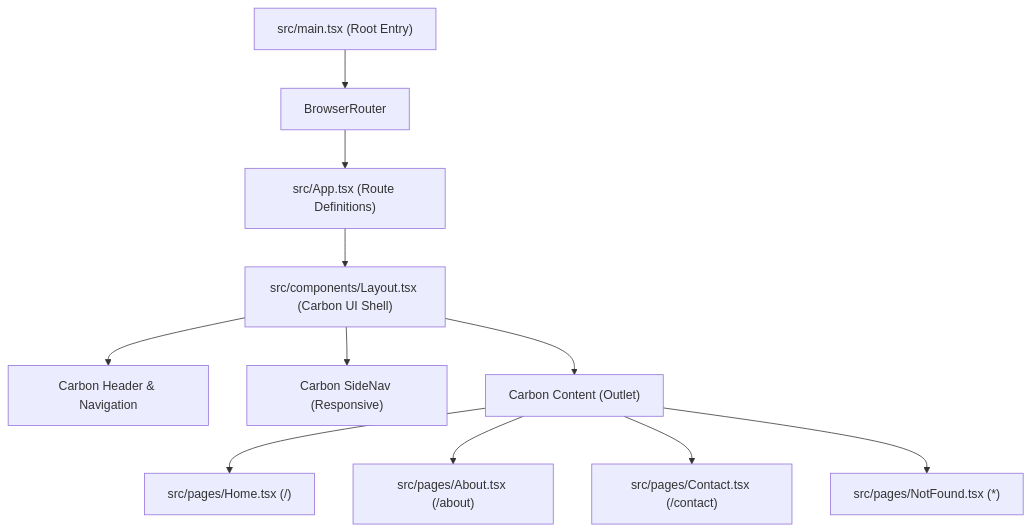
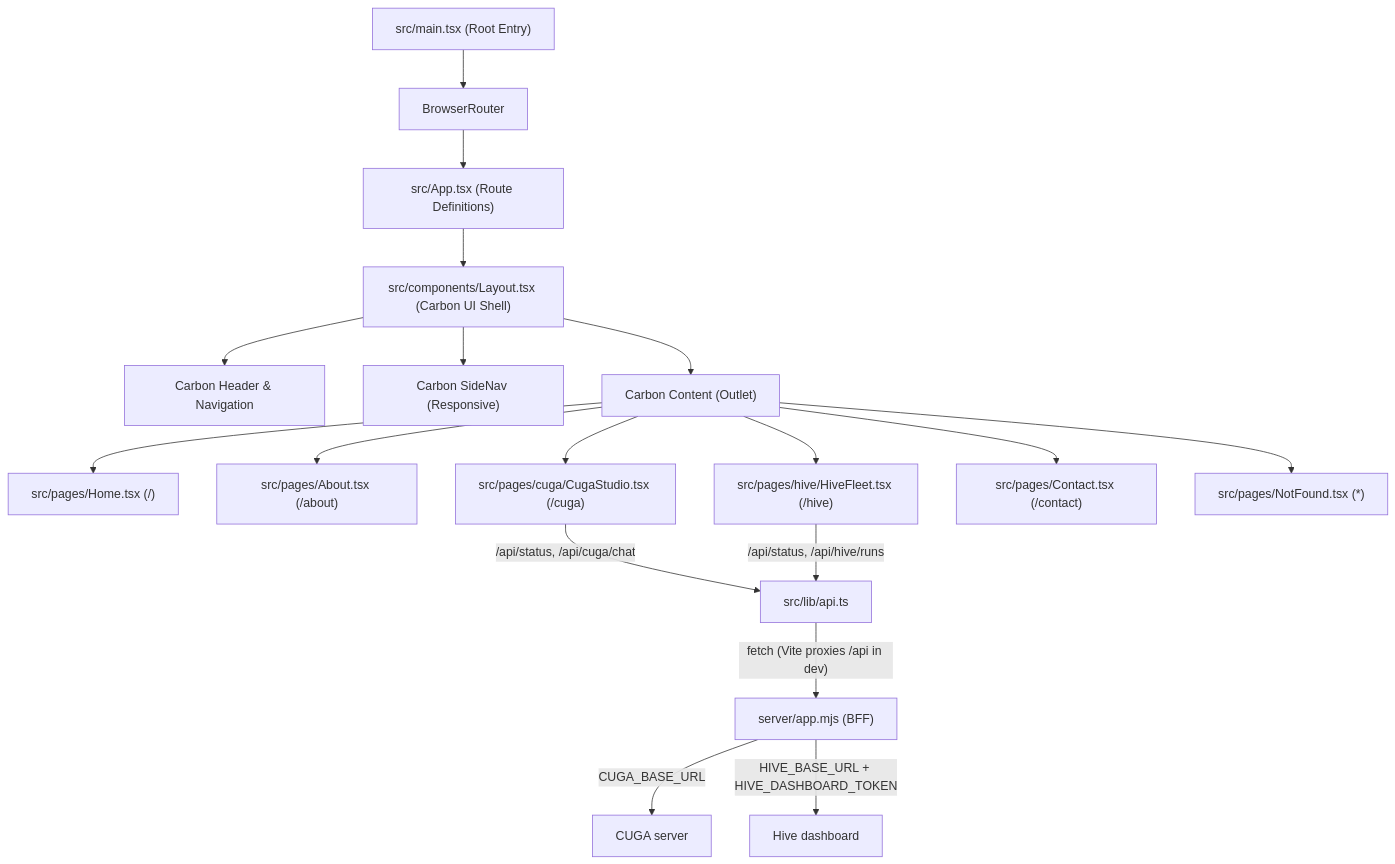
The diagram in docs/architecture.md (RiccardoBifulco/beehive), drawn with Mermaid before and after one commit. The commit also changed other lines of this file, not shown here.

Commit message:
docs: cover CUGA/Hive routes, the server/ BFF and the /api error contract in architecture.md

````diff
--- a/docs/architecture.md
+++ b/docs/architecture.md
@@ -16,13 +17,20 @@
 ```mermaid
 graph TD
     Entry["src/main.tsx (Root Entry)"] --> Router["BrowserRouter"]
     Router --> App["src/App.tsx (Route Definitions)"]
     App --> Layout["src/components/Layout.tsx (Carbon UI Shell)"]
     Layout --> Header["Carbon Header & Navigation"]
     Layout --> SideNav["Carbon SideNav (Responsive)"]
     Layout --> Content["Carbon Content (Outlet)"]
     Content --> Home["src/pages/Home.tsx (/)"]
     Content --> About["src/pages/About.tsx (/about)"]
+    Content --> Cuga["src/pages/cuga/CugaStudio.tsx (/cuga)"]
+    Content --> Hive["src/pages/hive/HiveFleet.tsx (/hive)"]
     Content --> Contact["src/pages/Contact.tsx (/contact)"]
     Content --> NotFound["src/pages/NotFound.tsx (*)"]
+    Cuga -->|"/api/status, /api/cuga/chat"| Api["src/lib/api.ts"]
+    Hive -->|"/api/status, /api/hive/runs"| Api
+    Api -->|"fetch (Vite proxies /api in dev)"| Bff["server/app.mjs (BFF)"]
+    Bff -->|"CUGA_BASE_URL"| CugaSvc["CUGA server"]
+    Bff -->|"HIVE_BASE_URL + HIVE_DASHBOARD_TOKEN"| HiveSvc["Hive dashboard"]
 ```
````
